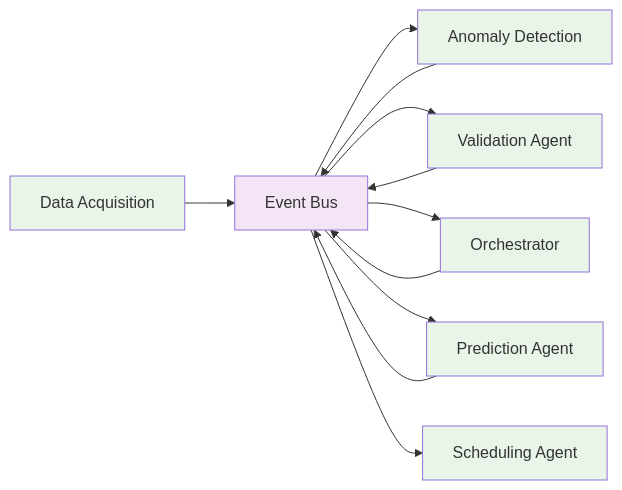
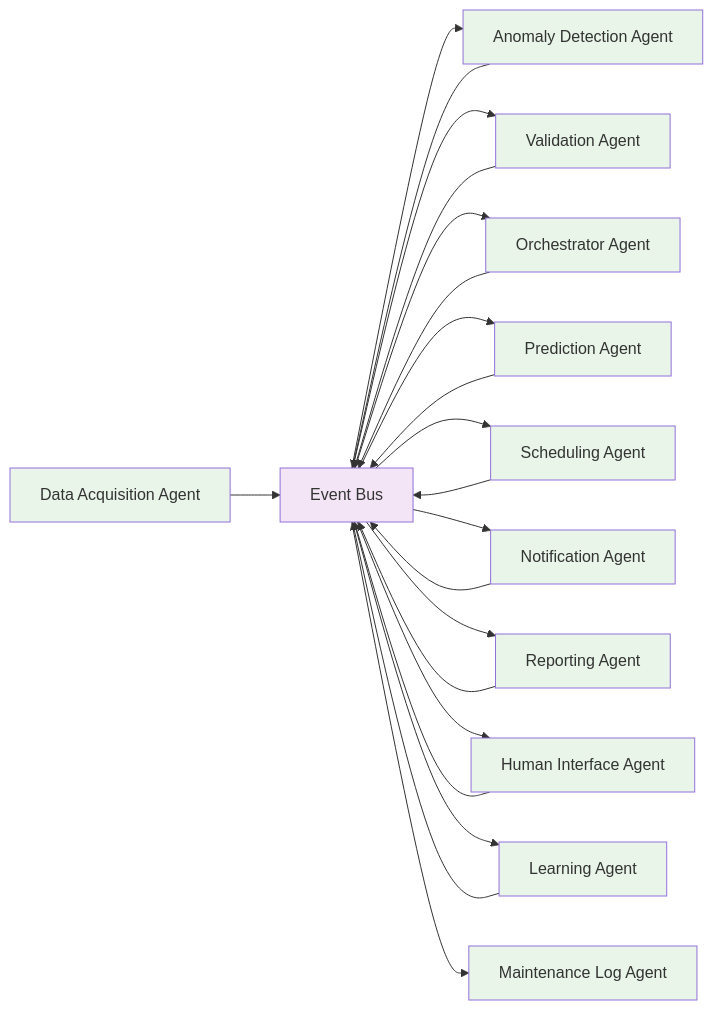
The sixth of 15 diagrams in smart-maintenance-saas/docs/SYSTEM_AND_ARCHITECTURE.md (YanCotta/enterprise_challenge_sprint_1_hermes_reply), drawn with Mermaid before and after one commit. The commit also changed other lines of this file, not shown here.

Commit message:
refactor: enhance SYSTEM_AND_ARCHITECTURE.md with additional database ERD visuals and service documentation for improved clarity and detail

````diff
--- a/smart-maintenance-saas/docs/SYSTEM_AND_ARCHITECTURE.md
+++ b/smart-maintenance-saas/docs/SYSTEM_AND_ARCHITECTURE.md
@@ -430,19 +443,29 @@
 ```mermaid
 graph LR
-    DA[Data Acquisition] --> EB[Event Bus]
-    EB --> AD[Anomaly Detection]
+    DA[Data Acquisition Agent] --> EB[Event Bus]
+    EB --> AD[Anomaly Detection Agent]
     AD --> EB
     EB --> VA[Validation Agent]
     VA --> EB
-    EB --> OA[Orchestrator]
+    EB --> OA[Orchestrator Agent]
     OA --> EB
     EB --> PA[Prediction Agent]
     PA --> EB
     EB --> SA[Scheduling Agent]
+    SA --> EB
+    EB --> NA[Notification Agent]
+    NA --> EB
+    EB --> RA[Reporting Agent]
+    RA --> EB
+    EB --> HIA[Human Interface Agent]
+    HIA --> EB
+    EB --> LA[Learning Agent]
+    LA --> EB
+    EB --> MLA[Maintenance Log Agent]
 
     classDef agent fill:#e8f5e8
     classDef eventbus fill:#f3e5f5
 
-    class DA,AD,VA,OA,PA,SA agent
+    class DA,AD,VA,OA,PA,SA,NA,RA,HIA,LA,MLA agent
     class EB eventbus
 ```
````
